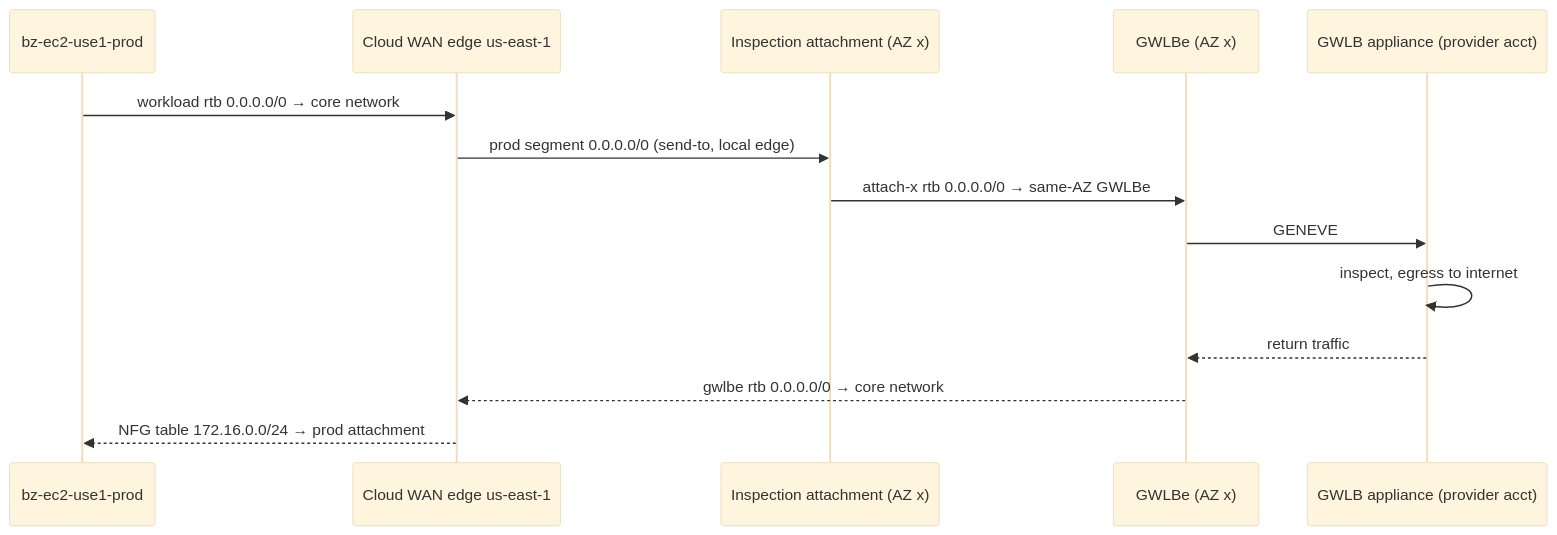
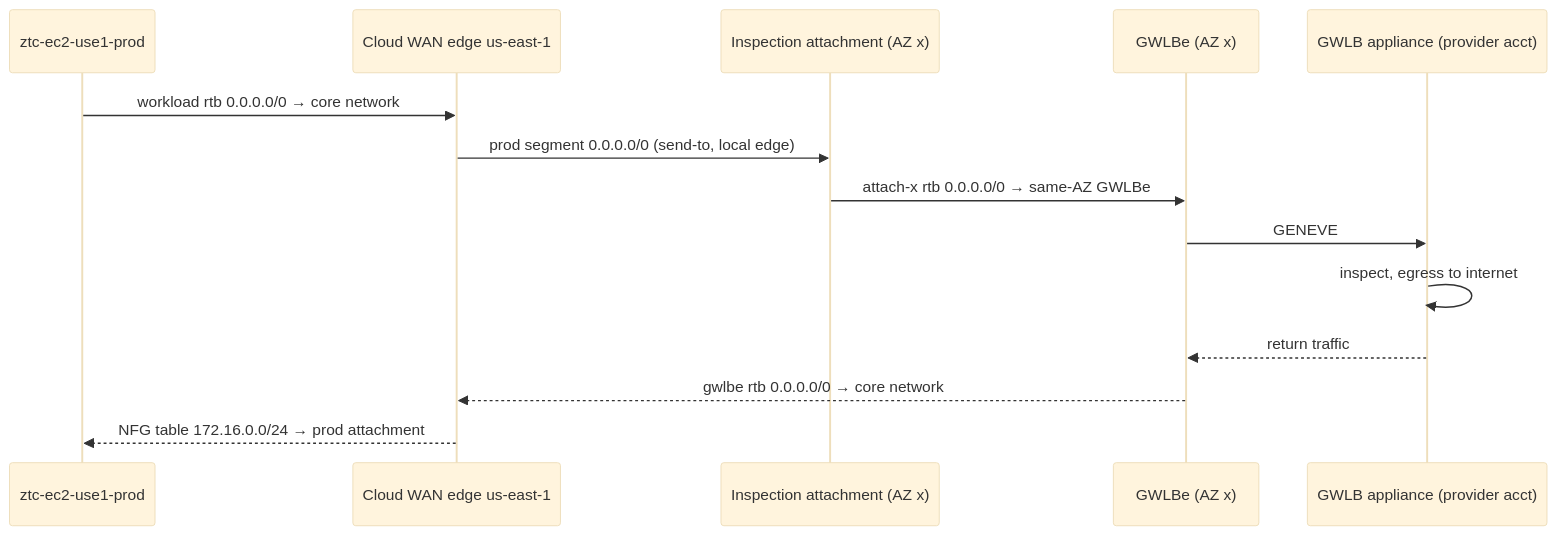
One commit to zscclabs/terraform-aws-cwan-modules changed the third of 3 diagrams in docs/ARCHITECTURE.md. Above: the diagram before and after it, drawn with Mermaid (base theme). The commit also changed other lines of this file and 4 other files, not shown here.

````diff
--- a/docs/ARCHITECTURE.md
+++ b/docs/ARCHITECTURE.md
@@ -486,16 +486,16 @@
 ```mermaid
 sequenceDiagram
-  participant W as bz-ec2-use1-prod
+  participant W as ztc-ec2-use1-prod
   participant C as Cloud WAN edge us-east-1
   participant A as Inspection attachment (AZ x)
   participant E as GWLBe (AZ x)
   participant G as GWLB appliance (provider acct)
   W->>C: workload rtb 0.0.0.0/0 → core network
   C->>A: prod segment 0.0.0.0/0 (send-to, local edge)
   A->>E: attach-x rtb 0.0.0.0/0 → same-AZ GWLBe
   E->>G: GENEVE
   G->>G: inspect, egress to internet
   G-->>E: return traffic
   E-->>C: gwlbe rtb 0.0.0.0/0 → core network
   C-->>W: NFG table 172.16.0.0/24 → prod attachment
 ```
````
